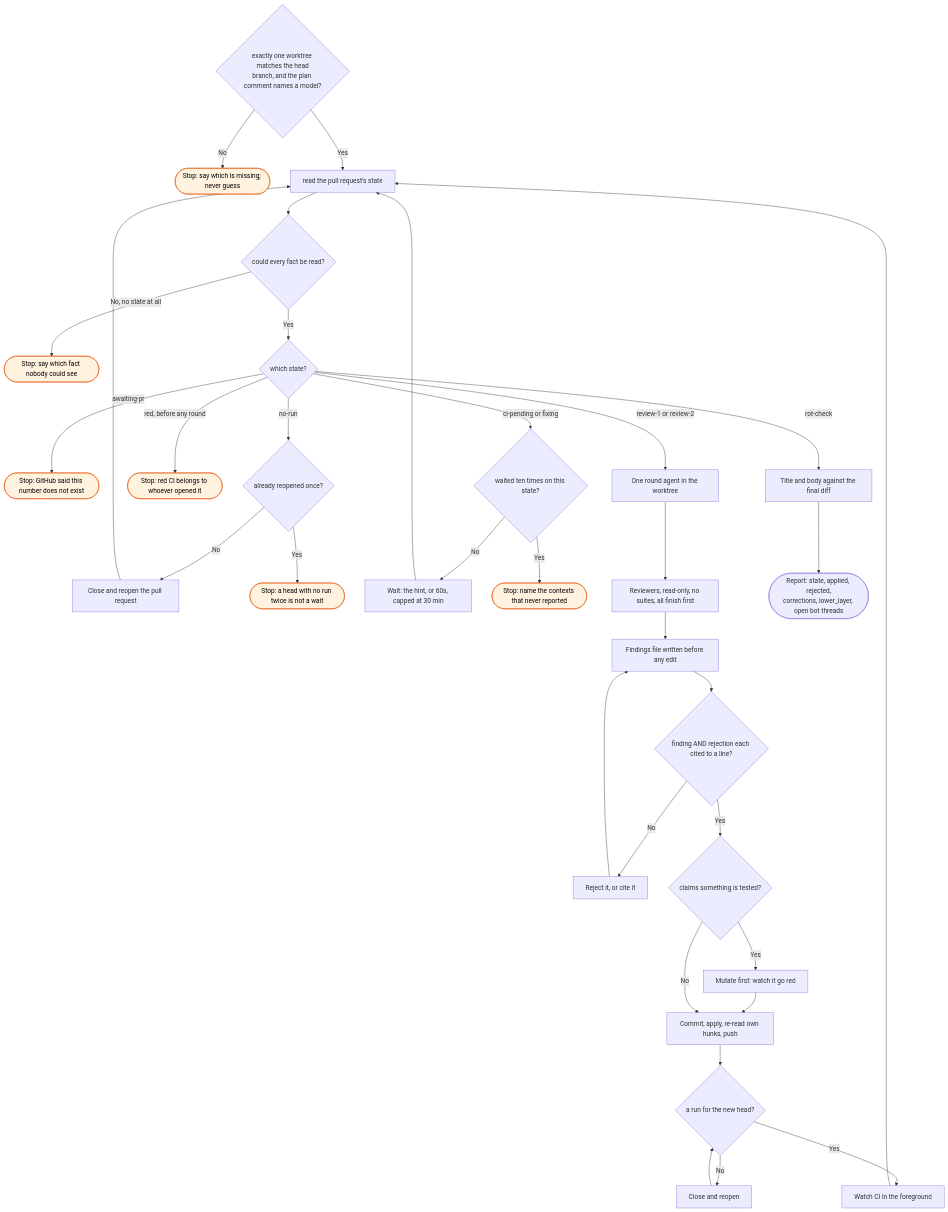
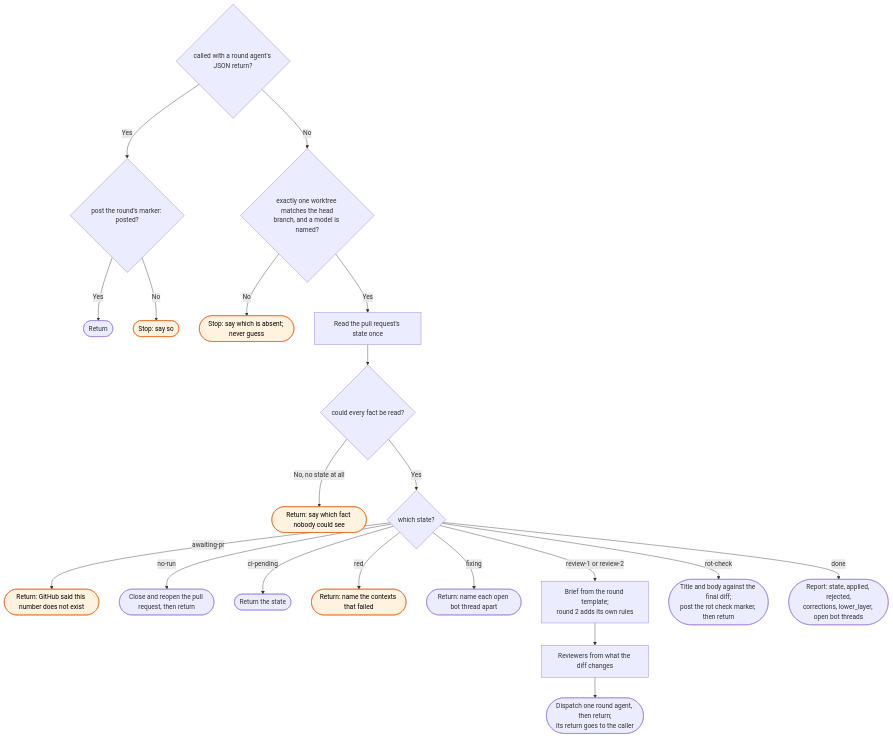
The diagram in docs/flows/workstreams/review/_skill-flow.md (bje-settings/claude), drawn with Mermaid before and after one commit. The commit also changed other lines of this file and 23 other files, not shown here.

````diff
--- a/docs/flows/workstreams/review/_skill-flow.md
+++ b/docs/flows/workstreams/review/_skill-flow.md
@@ -14,36 +15,29 @@
 ```mermaid
 flowchart TD
-    W{exactly one worktree matches the head<br/>branch, and the plan comment names a model?}
-    W -->|No| W1([Stop: say which is missing; never guess]):::stop
-    W -->|Yes| C[read the pull request's state]
+    R0{called with a round agent's JSON return?}
+    R0 -->|Yes| R2{post the round's marker: posted?}
+    R2 -->|Yes| R1([Return])
+    R2 -->|No| R3([Stop: say so]):::stop
+    R0 -->|No| W{exactly one worktree matches the head<br/>branch, and a model is named?}
+    W -->|No| W1([Stop: say which is absent; never guess]):::stop
+    W -->|Yes| C[Read the pull request's state once]
 
     C --> D{could every fact be read?}
-    D -->|No, no state at all| D1([Stop: say which fact nobody could see]):::stop
+    D -->|No, no state at all| D1([Return: say which fact nobody could see]):::stop
     D -->|Yes| E{which state?}
 
-    E -->|awaiting-pr| E1([Stop: GitHub said this number does not exist]):::stop
-    E -->|no-run| F{already reopened once?}
-    F -->|No| F1[Close and reopen the pull request] --> C
-    F -->|Yes| F2([Stop: a head with no run twice is not a wait]):::stop
-    E -->|red, before any round| G([Stop: red CI belongs to whoever opened it]):::stop
-    E -->|ci-pending or fixing| H{waited ten times on this state?}
-    H -->|No| H1[Wait: the hint, or 60s, capped at 30 min] --> C
-    H -->|Yes| H2([Stop: name the contexts that never reported]):::stop
+    E -->|awaiting-pr| E1([Return: GitHub said this number does not exist]):::stop
+    E -->|no-run| F([Close and reopen the pull request, then return])
+    E -->|ci-pending| G([Return the state])
+    E -->|red| G1([Return: name the contexts that failed]):::stop
+    E -->|fixing| G2([Return: name each open bot thread apart])
 
-    E -->|review-1 or review-2| I[One round agent in the worktree]
-    I --> J[Reviewers, read-only, no suites, all finish first]
-    J --> K[Findings file written before any edit]
-    K --> L{finding AND rejection each cited to a line?}
-    L -->|No| L1[Reject it, or cite it] --> K
-    L -->|Yes| M{claims something is tested?}
-    M -->|Yes| M1[Mutate first: watch it go red] --> N
-    M -->|No| N[Commit, apply, re-read own hunks, push]
-    N --> O{a run for the new head?}
-    O -->|No| O1[Close and reopen] --> O
-    O -->|Yes| P[Watch CI in the foreground] --> C
+    E -->|review-1 or review-2| I[Brief from the round template;<br/>round 2 adds its own rules]
+    I --> J[Reviewers from what the diff changes]
+    J --> K([Dispatch one round agent, then return;<br/>its return goes to the caller])
 
-    E -->|rot-check| Q[Title and body against the final diff]
-    Q --> S([Report: state, applied, rejected,<br/>corrections, lower_layer, open bot threads])
+    E -->|rot-check| Q([Title and body against the final diff;<br/>post the rot check marker, then return])
+    E -->|done| S([Report: state, applied, rejected,<br/>corrections, lower_layer, open bot threads])
 
     classDef stop fill:#fff3e0,stroke:#e65100,color:#000
 ```
````
